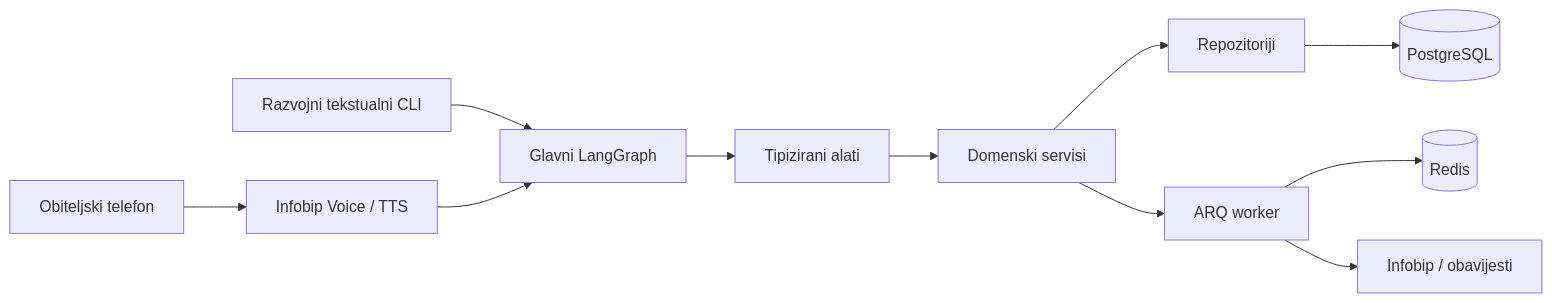
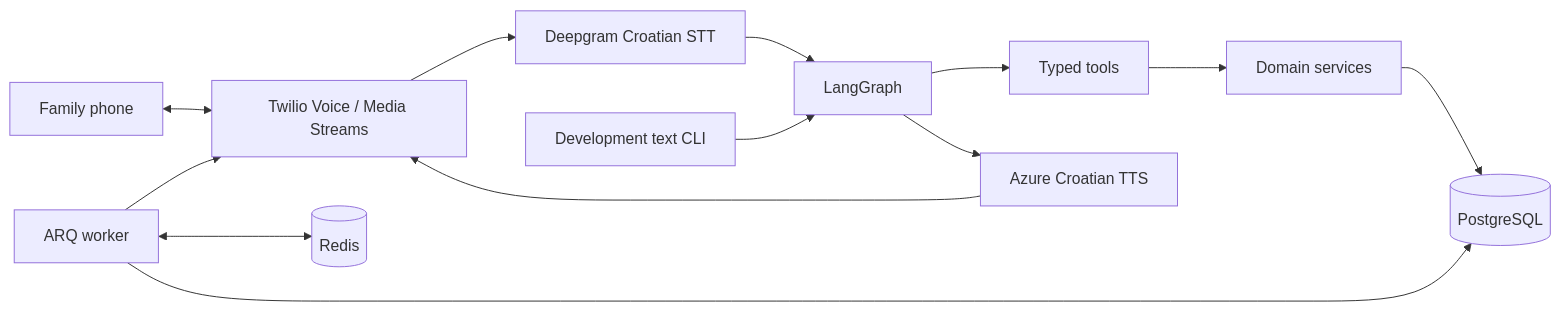
The diagram in README.md (Oknarbo/family_call_agent), drawn with Mermaid before and after one commit. The commit also changed other lines of this file and 79 other files, not shown here.

````diff
--- a/README.md
+++ b/README.md
@@ -24,12 +46,15 @@
 ```mermaid
 flowchart LR
-    Phone["Obiteljski telefon"] --> Infobip["Infobip Voice / TTS"]
-    CLI["Razvojni tekstualni CLI"] --> Graph["Glavni LangGraph"]
-    Infobip --> Graph
-    Graph --> Tools["Tipizirani alati"]
-    Tools --> Services["Domenski servisi"]
-    Services --> Repos["Repozitoriji"]
-    Repos --> PG[("PostgreSQL")]
-    Services --> ARQ["ARQ worker"] --> Redis[("Redis")]
-    ARQ --> Providers["Infobip / obavijesti"]
+    Phone[Family phone] <--> Twilio[Twilio Voice / Media Streams]
+    Twilio --> STT[Deepgram Croatian STT]
+    STT --> Graph[LangGraph]
+    CLI[Development text CLI] --> Graph
+    Graph --> Tools[Typed tools]
+    Tools --> Services[Domain services]
+    Services --> SQL[(PostgreSQL)]
+    Graph --> TTS[Azure Croatian TTS]
+    TTS --> Twilio
+    Worker[ARQ worker] --> SQL
+    Worker <--> Redis[(Redis)]
+    Worker --> Twilio
 ```
````
